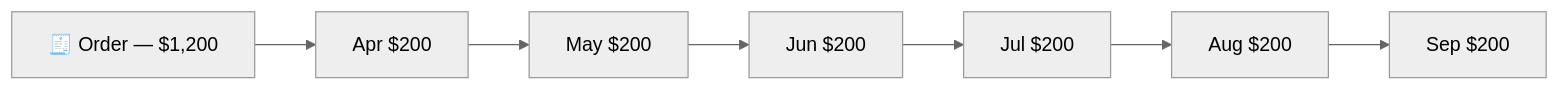
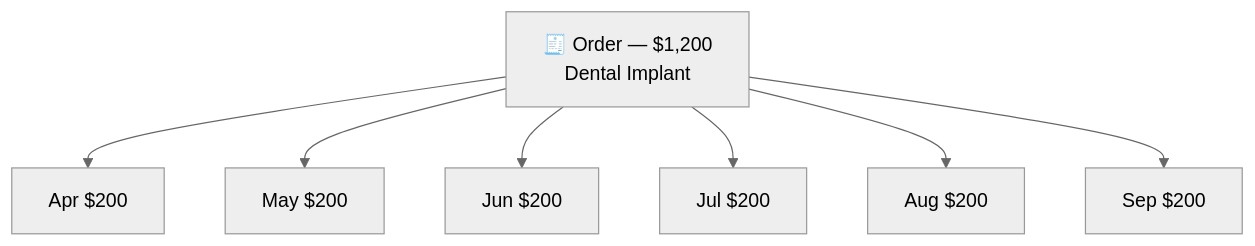
One commit to Prahsys/prahsys-documentation-v2 changed the second of 2 diagrams in docs/Payment Concepts/orders/index.md. Above: the diagram before and after it, drawn with Mermaid (neutral theme). The commit also changed other lines of this file, not shown here.

````diff
--- a/docs/Payment Concepts/orders/index.md
+++ b/docs/Payment Concepts/orders/index.md
@@ -45,4 +31,11 @@
 ```mermaid
-flowchart LR
-    O["🧾 Order — $1,200"] --> P1["Apr $200"] --> P2["May $200"] --> P3["Jun $200"] --> P4["Jul $200"] --> P5["Aug $200"] --> P6["Sep $200"]
+flowchart TB
+    O["🧾 Order — $1,200
+    Dental Implant"]
+    O --> P1["Apr $200"]
+    O --> P2["May $200"]
+    O --> P3["Jun $200"]
+    O --> P4["Jul $200"]
+    O --> P5["Aug $200"]
+    O --> P6["Sep $200"]
 ```
````
